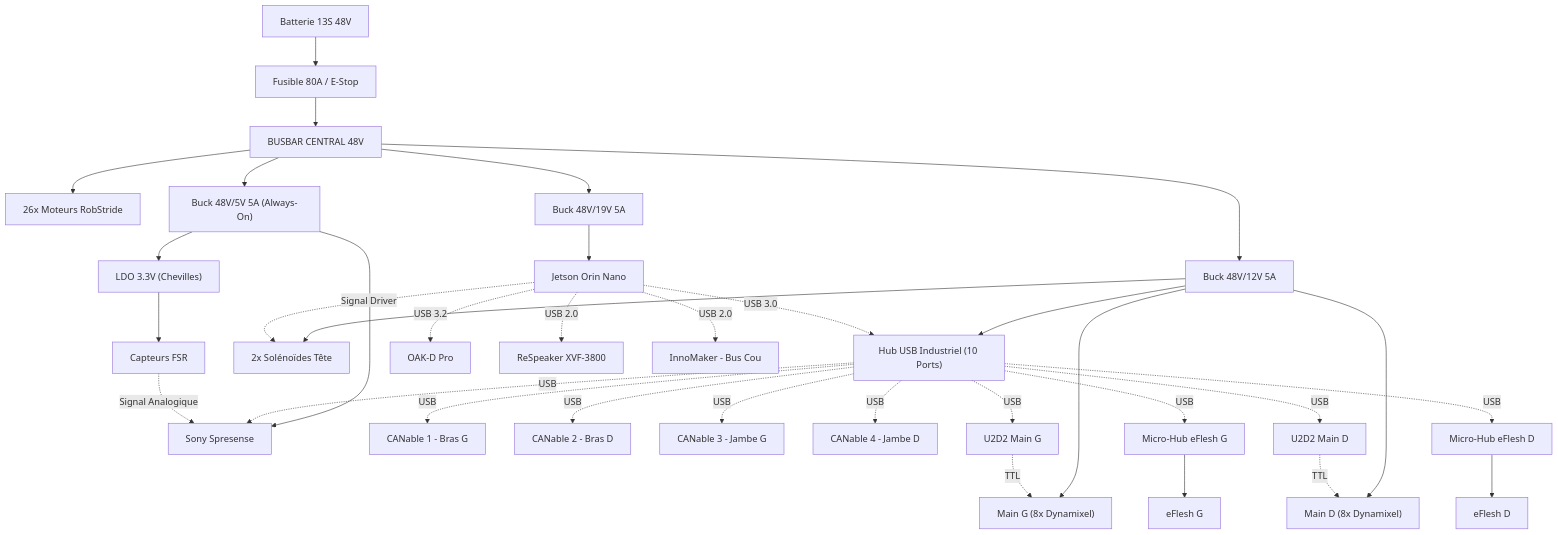
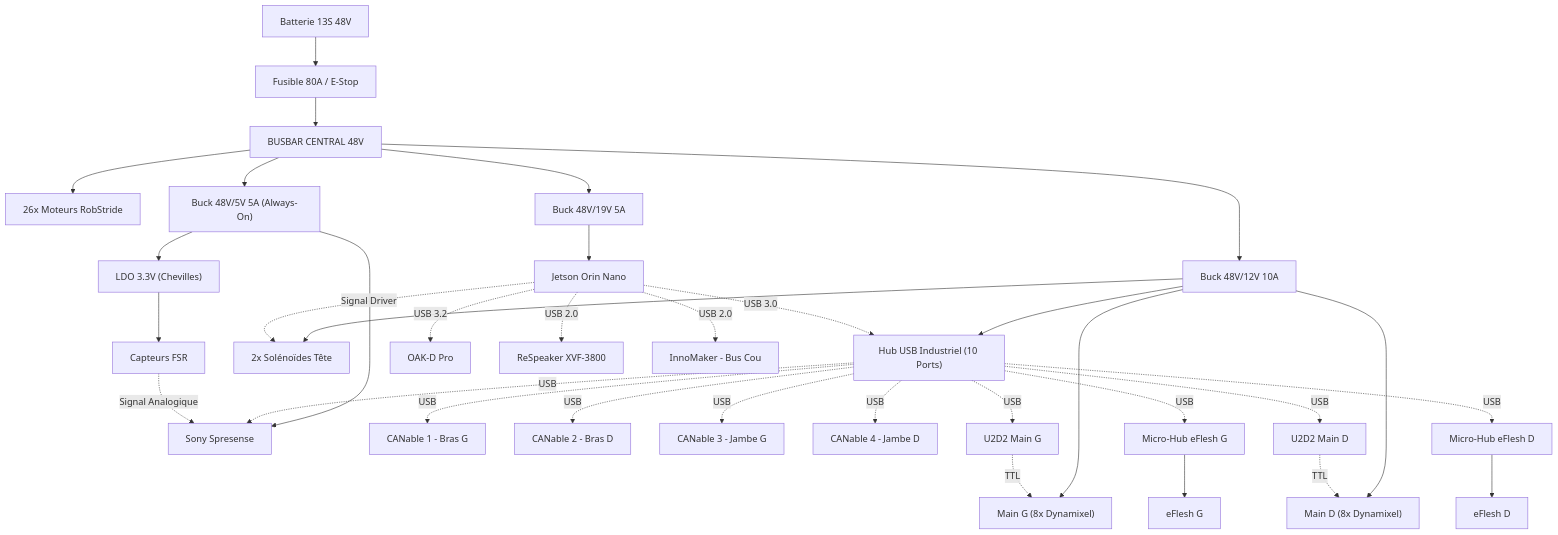
The diagram in 04_Electronique_Cablage.md (d-sergent/dbot-documentation), drawn with Mermaid before and after one commit.

Commit message:
Docs: Synchronisation finale architecture et BOM (Buck 12V 10A et Perception)

````diff
--- a/04_Electronique_Cablage.md
+++ b/04_Electronique_Cablage.md
@@ -31,53 +31,53 @@
 ```mermaid
 graph TD
     %% Source Energie
     BAT["Batterie 13S 48V"] --> FUS["Fusible 80A / E-Stop"]
     FUS --> BUSBAR["BUSBAR CENTRAL 48V"]
 
     %% Rails de Puissance
     BUSBAR --> MOT["26x Moteurs RobStride"]
     BUSBAR --> B19["Buck 48V/19V 5A"]
-    BUSBAR --> B12["Buck 48V/12V 5A"]
+    BUSBAR --> B12["Buck 48V/12V 10A"]
     BUSBAR --> B05["Buck 48V/5V 5A (Always-On)"]
 
     %% Distribution 19V
     B19 --> JET["Jetson Orin Nano"]
 
     %% Distribution 12V
     B12 --> HUB["Hub USB Industriel (10 Ports)"]
     B12 --> SOL["2x Solénoïdes Tête"]
     B12 --> DYN_G["Main G (8x Dynamixel)"]
     B12 --> DYN_D["Main D (8x Dynamixel)"]
 
     %% Distribution 5V
     B05 --> SPR["Sony Spresense"]
 
     %% Régulations Locales 3.3V
     B05 --> LDO_P["LDO 3.3V (Chevilles)"]
     LDO_P --> FSR["Capteurs FSR"]
 
     %% Flux Data USB Directs (Jetson)
     JET -. "USB 3.2" .-> OAK["OAK-D Pro"]
     JET -. "USB 2.0" .-> RES["ReSpeaker XVF-3800"]
     JET -. "USB 2.0" .-> INN["InnoMaker - Bus Cou"]
     JET -. "USB 3.0" .-> HUB
 
     %% Flux Data USB via HUB (10 Ports)
     HUB -. "USB" .-> CAN1["CANable 1 - Bras G"]
     HUB -. "USB" .-> CAN2["CANable 2 - Bras D"]
     HUB -. "USB" .-> CAN3["CANable 3 - Jambe G"]
     HUB -. "USB" .-> CAN4["CANable 4 - Jambe D"]
     HUB -. "USB" .-> SPR
     HUB -. "USB" .-> U2D2_G["U2D2 Main G"]
     HUB -. "USB" .-> U2D2_D["U2D2 Main D"]
     HUB -. "USB" .-> ESP_G["Micro-Hub eFlesh G"]
     HUB -. "USB" .-> ESP_D["Micro-Hub eFlesh D"]
 
     %% Signaux & Feedback
     ESP_G --> EFLESH_G["eFlesh G"]
     ESP_D --> EFLESH_D["eFlesh D"]
     U2D2_G -. "TTL" .-> DYN_G
     U2D2_D -. "TTL" .-> DYN_D
     JET -. "Signal Driver" .-> SOL
     FSR -. "Signal Analogique" .-> SPR
 ```
````
